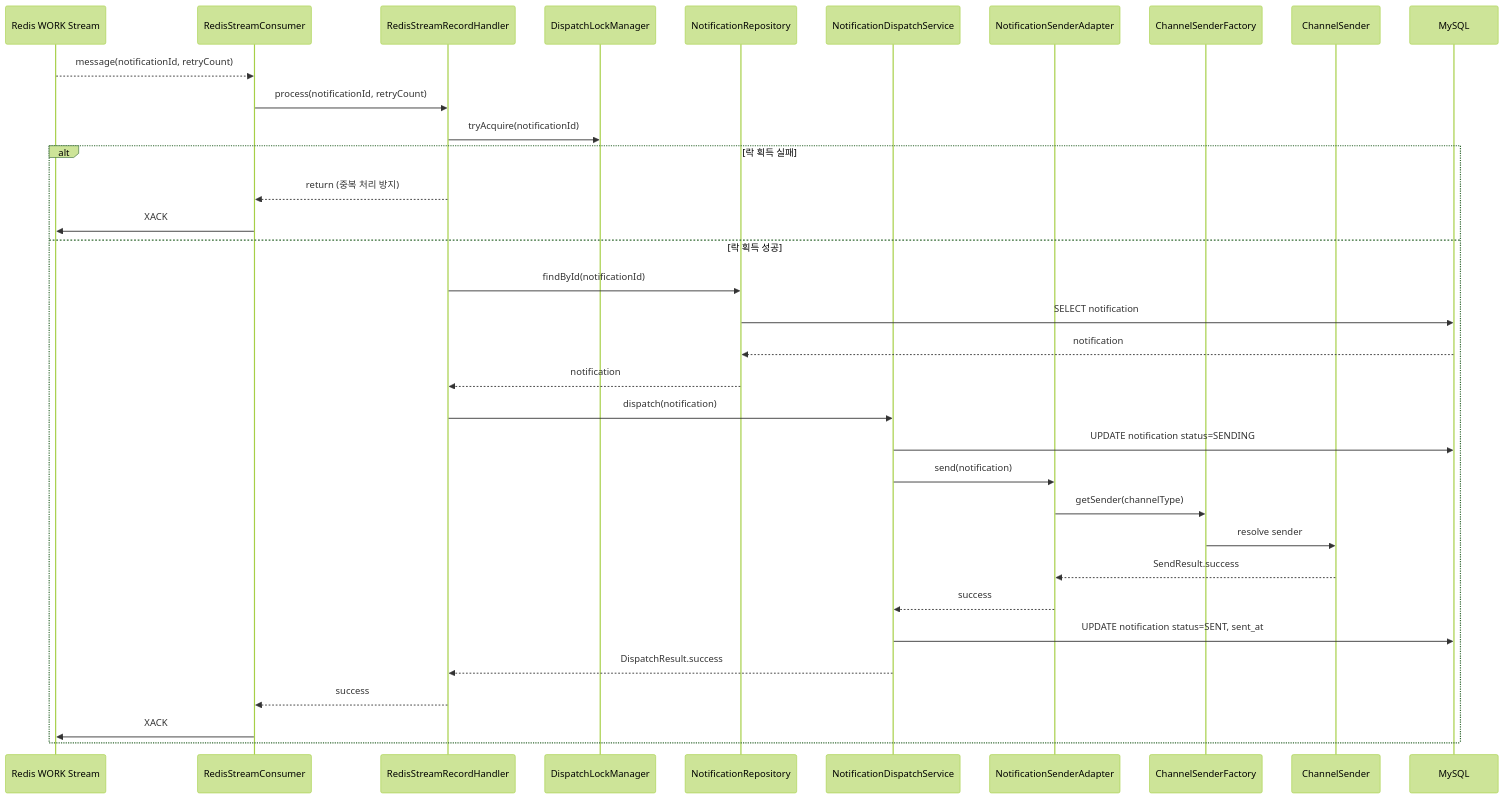
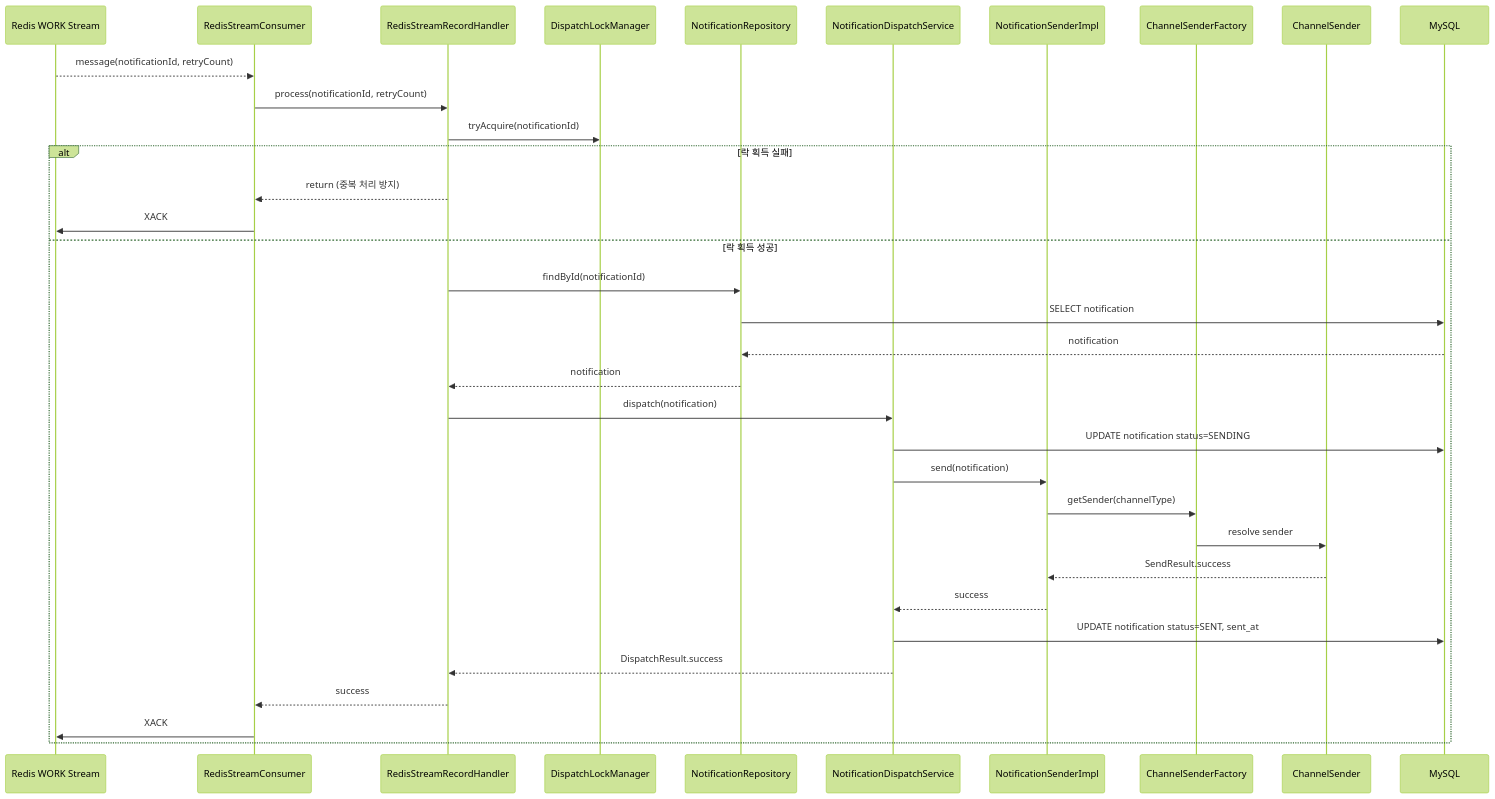
One commit to yht0827/notification-dispatcher changed the third of 5 diagrams in docs/02-sequence-diagrams.md. Above: the diagram before and after it, drawn with Mermaid (forest theme). The commit also changed 2 other files, not shown here.

Commit message:
chore: ERD 및 다이어그램에 낙관적 락 `version` 필드 추가, 클래스 명칭 변경 및 문서 업데이트

````diff
--- a/docs/02-sequence-diagrams.md
+++ b/docs/02-sequence-diagrams.md
@@ -99,40 +99,40 @@
 ```mermaid
 sequenceDiagram
     participant RS as Redis WORK Stream
     participant C as RedisStreamConsumer
     participant H as RedisStreamRecordHandler
     participant L as DispatchLockManager
     participant NR as NotificationRepository
     participant DS as NotificationDispatchService
-    participant SA as NotificationSenderAdapter
+    participant SA as NotificationSenderImpl
     participant SF as ChannelSenderFactory
     participant CS as ChannelSender
     participant DB as MySQL
 
     RS-->>C: message(notificationId, retryCount)
     C->>H: process(notificationId, retryCount)
     H->>L: tryAcquire(notificationId)
 
     alt 락 획득 실패
         H-->>C: return (중복 처리 방지)
         C->>RS: XACK
     else 락 획득 성공
         H->>NR: findById(notificationId)
         NR->>DB: SELECT notification
         DB-->>NR: notification
         NR-->>H: notification
 
         H->>DS: dispatch(notification)
         DS->>DB: UPDATE notification status=SENDING
         DS->>SA: send(notification)
         SA->>SF: getSender(channelType)
         SF->>CS: resolve sender
         CS-->>SA: SendResult.success
         SA-->>DS: success
         DS->>DB: UPDATE notification status=SENT, sent_at
         DS-->>H: DispatchResult.success
 
         H-->>C: success
         C->>RS: XACK
     end
 ```
````
